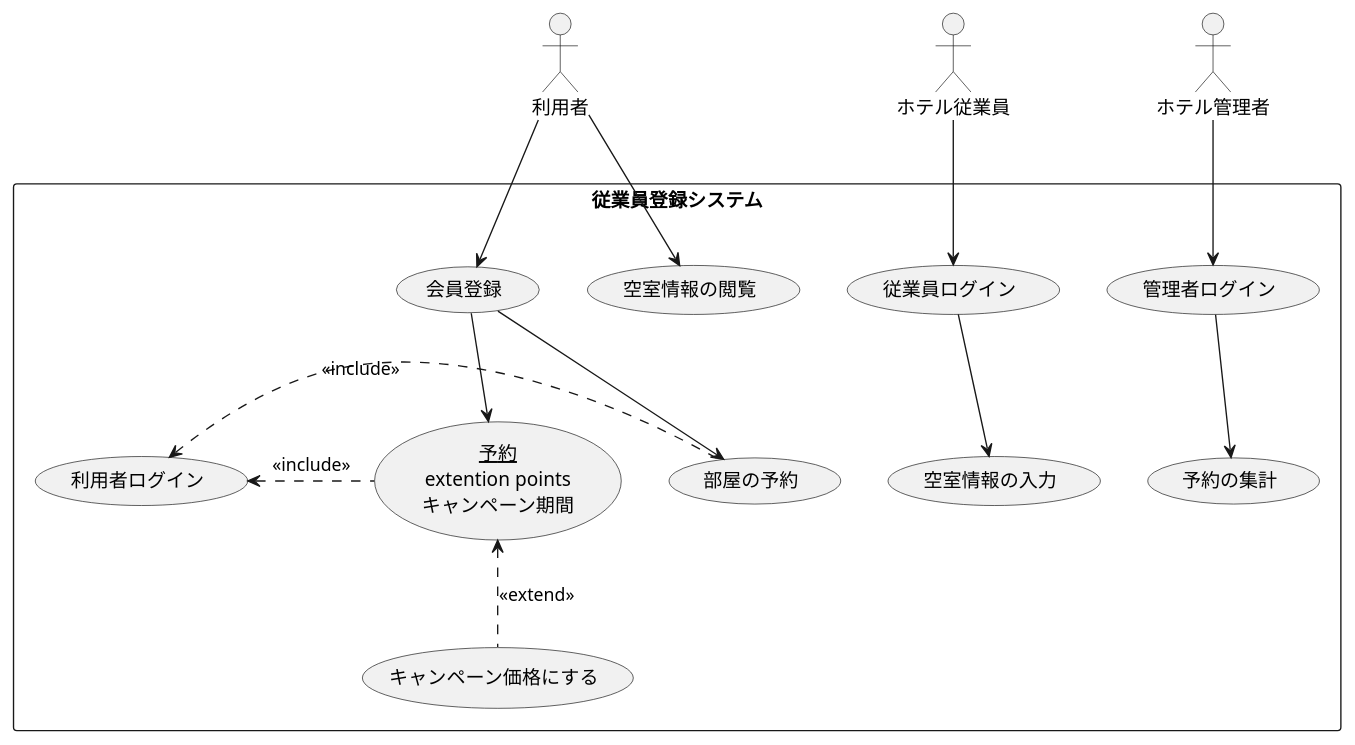
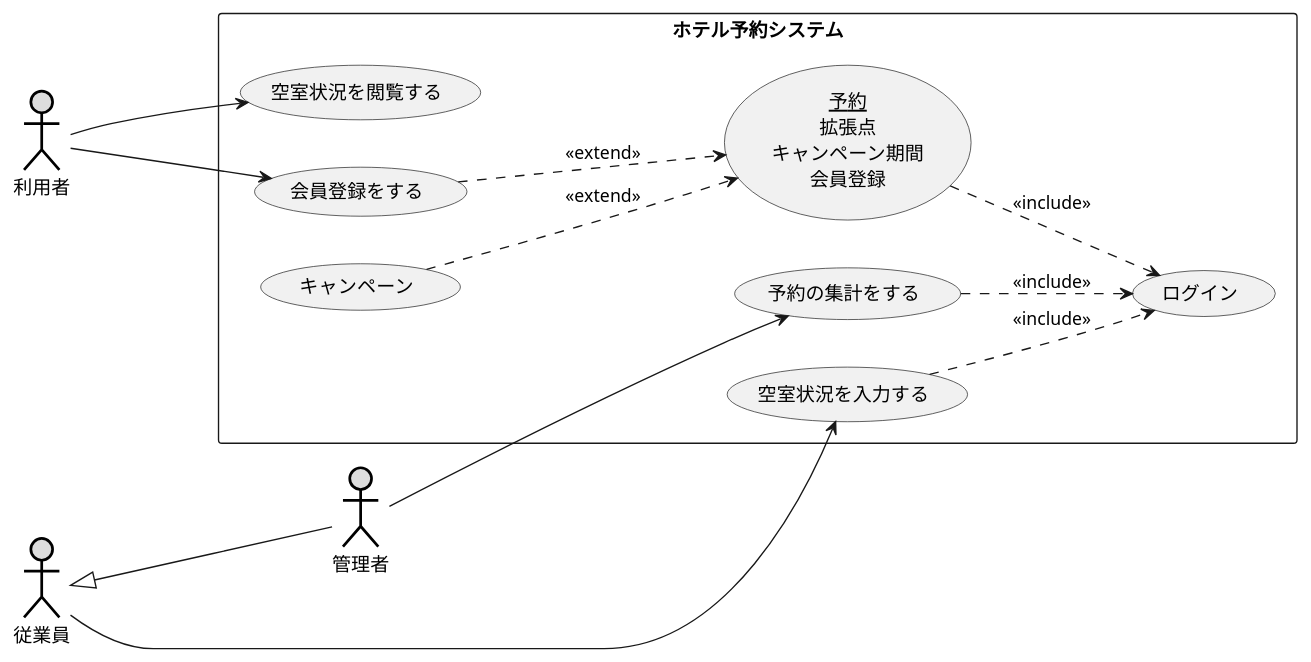
Before and after one commit to TTaKesAwA/uml-intro: the diagram in 演習2-8_UC_ホテル予約システム.pu, drawn with PlantUML. The commit also changed 3 other files, not shown here.

```diff
--- a/演習2-8_UC_ホテル予約システム.pu
+++ b/演習2-8_UC_ホテル予約システム.pu
@@ -1,28 +1,27 @@
-@startuml ホテル予約システム
-actor 利用者
-actor ホテル従業員
-actor ホテル管理者
-rectangle 従業員登録システム {
-    usecase 従業員ログイン
-    usecase 管理者ログイン
-    usecase 会員登録
-    usecase 空室情報の閲覧
-    usecase 部屋の予約
-    usecase 空室情報の入力
-    usecase 予約の集計
-    usecase 利用者ログイン
-    usecase キャンペーン価格にする
-    usecase (<u>予約</u>\nextention points\nキャンペーン期間) as text
+@startuml ユースケース図
+left to right direction
+
+  actor 利用者 as a #DDDDDD;line:black;line.bold;
+  actor 従業員 as b #DDDDDD;line:black;line.bold;
+  actor 管理者 as c #DDDDDD;line:black;line.bold;
+
+rectangle ホテル予約システム {
+usecase 空室状況を閲覧する as d
+usecase 予約の集計をする as e
+usecase 会員登録をする as f
+usecase (<u>予約</u>\n拡張点\nキャンペーン期間\n会員登録) as g
+usecase ログイン as h
+usecase 空室状況を入力する as i
+usecase キャンペーン as j
 }
-ホテル従業員 --> 従業員ログイン
-ホテル管理者 --> 管理者ログイン
-利用者 --> 会員登録
-利用者 --> 空室情報の閲覧
-会員登録 --> 部屋の予約
-従業員ログイン --> 空室情報の入力
-管理者ログイン --> 予約の集計
-会員登録 --> text
-text <.. キャンペーン価格にする : << extend >>
-利用者ログイン <. text : << include >>
-利用者ログイン <. 部屋の予約 : << include >>
+a--->f
+j ...>(g) : <<extend>>
+a--->d
+b<|---c
+c--->e
+b-->i
+f ...>(g) : <<extend>>
+g ..>(h) : <<include>>
+e ..>(h) : <<include>>
+i ..>(h) : <<include>>
 @enduml
```
